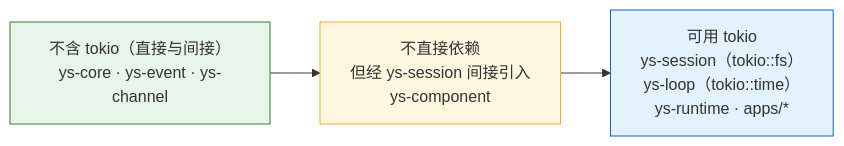
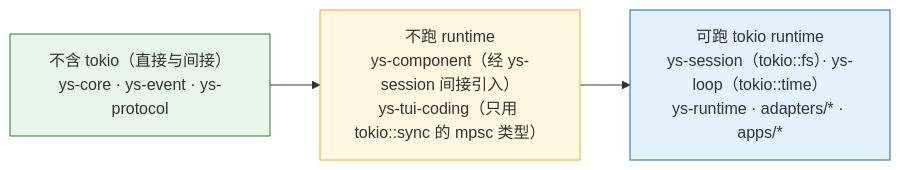
The second of 15 diagrams in docs/architecture.md (zsdfbb/YuShan), drawn with Mermaid before and after one commit. The commit also changed other lines of this file and 83 other files, not shown here.

````diff
--- a/docs/architecture.md
+++ b/docs/architecture.md
@@ -90,12 +102,12 @@
 ```mermaid
 flowchart LR
-    NO["不含 tokio（直接与间接）<br/>ys-core · ys-event · ys-channel"]:::safe
-    SEMI["不直接依赖<br/>但经 ys-session 间接引入<br/>ys-component"]:::semi
-    YES["可用 tokio<br/>ys-session（tokio::fs）<br/>ys-loop（tokio::time）<br/>ys-runtime · apps/*"]:::rt
+    NO["不含 tokio（直接与间接）<br/>ys-core · ys-event · ys-protocol"]:::safe
+    SEMI["不跑 runtime<br/>ys-component（经 ys-session 间接引入）<br/>ys-tui-coding（只用 tokio::sync 的 mpsc 类型）"]:::semi
+    YES["可跑 tokio runtime<br/>ys-session（tokio::fs）· ys-loop（tokio::time）<br/>ys-runtime · adapters/* · apps/*"]:::rt
 
     NO --> SEMI --> YES
 
     classDef safe fill:#e8f5e9,stroke:#2e7d32
     classDef semi fill:#fff8e1,stroke:#f9a825
     classDef rt fill:#e3f2fd,stroke:#1565c0
 ```
````
